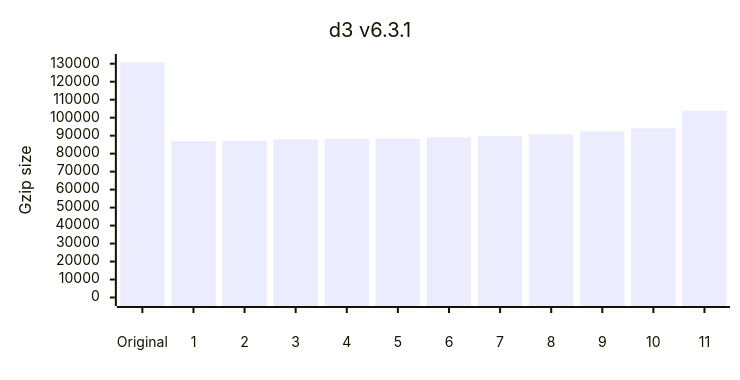
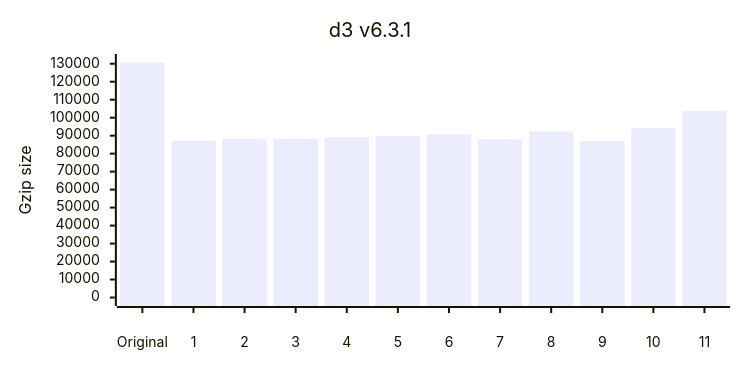
The sixth of 12 diagrams in README.md (privatenumber/minification-benchmarks), drawn with Mermaid before and after one commit. The commit also changed other lines of this file and 6 other files, not shown here.

````diff
--- a/README.md
+++ b/README.md
@@ -283,17 +291,17 @@
 ```mermaid
 ---
 config:
     xyChart:
         width: 720
         height: 360
         xAxis:
             labelPadding: 20
         yAxis:
             labelPadding: 10
 ---
 xychart-beta
 	title "d3 v6.3.1"
 	x-axis ["Original",1,2,3,4,5,6,7,8,9,10,11]
 	y-axis "Gzip size" 0 --> 130686
-	bar [130686,87016,87205,87997,88140,88319,89069,89882,90800,92395,94166,103813]
+	bar [130686,87205,88140,88319,89069,89882,90800,87997,92395,87016,94166,103813]
 ```
````
